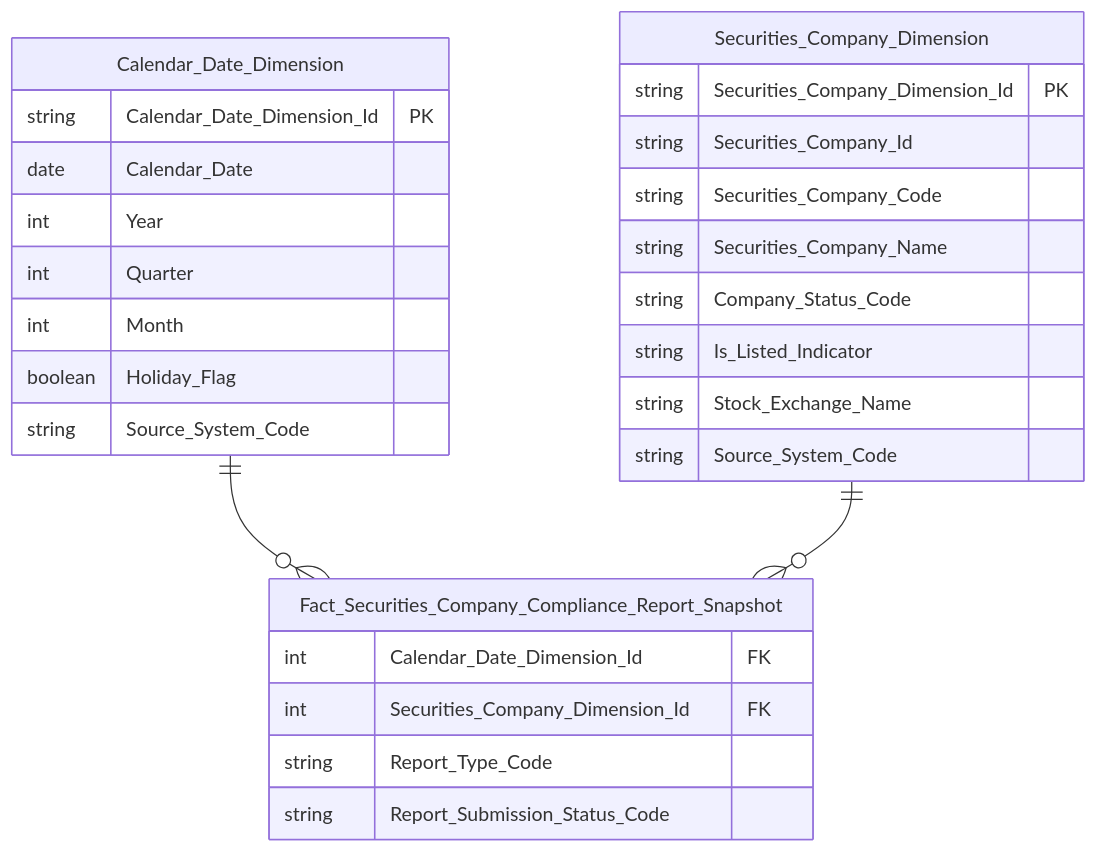
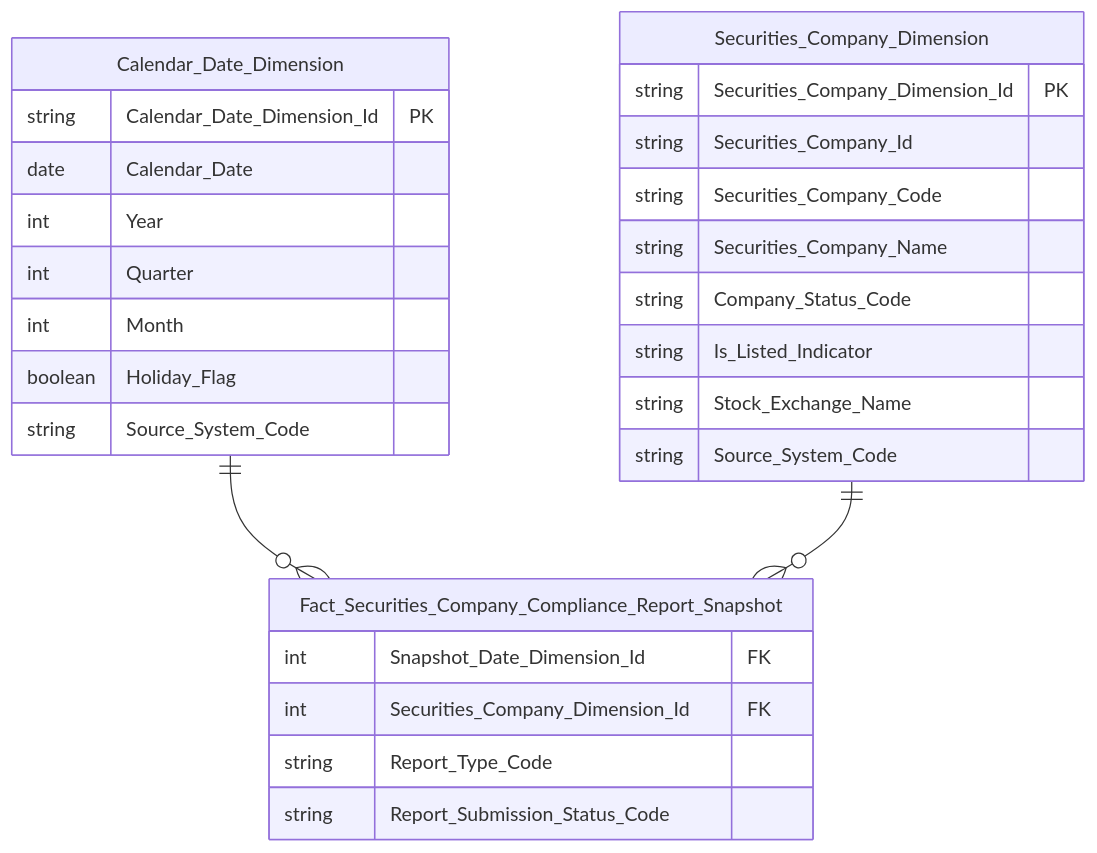
Diagram 28 of 34 in Datamart/hld/DTM_QLKD_HLD.md (linhlvit/ubck_atomic_design), drawn with Mermaid before and after one commit. The commit also changed other lines of this file and 10 other files, not shown here.

Commit message:
feat(QLKD): cap nhat thiet ke QLKD v4.9 - them Fact Securities Company Service Assignment Snapshot va Securities Service Classification Dimension, nang Nhom 2/3/4 PENDING->READY (K_QLKD_14-29)

````diff
--- a/Datamart/hld/DTM_QLKD_HLD.md
+++ b/Datamart/hld/DTM_QLKD_HLD.md
@@ -1199,33 +1358,33 @@
 ```mermaid
 erDiagram
     Fact_Securities_Company_Compliance_Report_Snapshot {
-        int Calendar_Date_Dimension_Id FK
+        int Snapshot_Date_Dimension_Id FK
         int Securities_Company_Dimension_Id FK
         string Report_Type_Code
         string Report_Submission_Status_Code
     }
 
     Securities_Company_Dimension {
         string Securities_Company_Dimension_Id PK
         string Securities_Company_Id
         string Securities_Company_Code
         string Securities_Company_Name
         string Company_Status_Code
         string Is_Listed_Indicator
         string Stock_Exchange_Name
         string Source_System_Code
     }
 
     Calendar_Date_Dimension {
         string Calendar_Date_Dimension_Id PK
         date Calendar_Date
         int Year
         int Quarter
         int Month
         boolean Holiday_Flag
         string Source_System_Code
     }
 
     Calendar_Date_Dimension ||--o{ Fact_Securities_Company_Compliance_Report_Snapshot : " "
     Securities_Company_Dimension ||--o{ Fact_Securities_Company_Compliance_Report_Snapshot : " "
 ```
````
